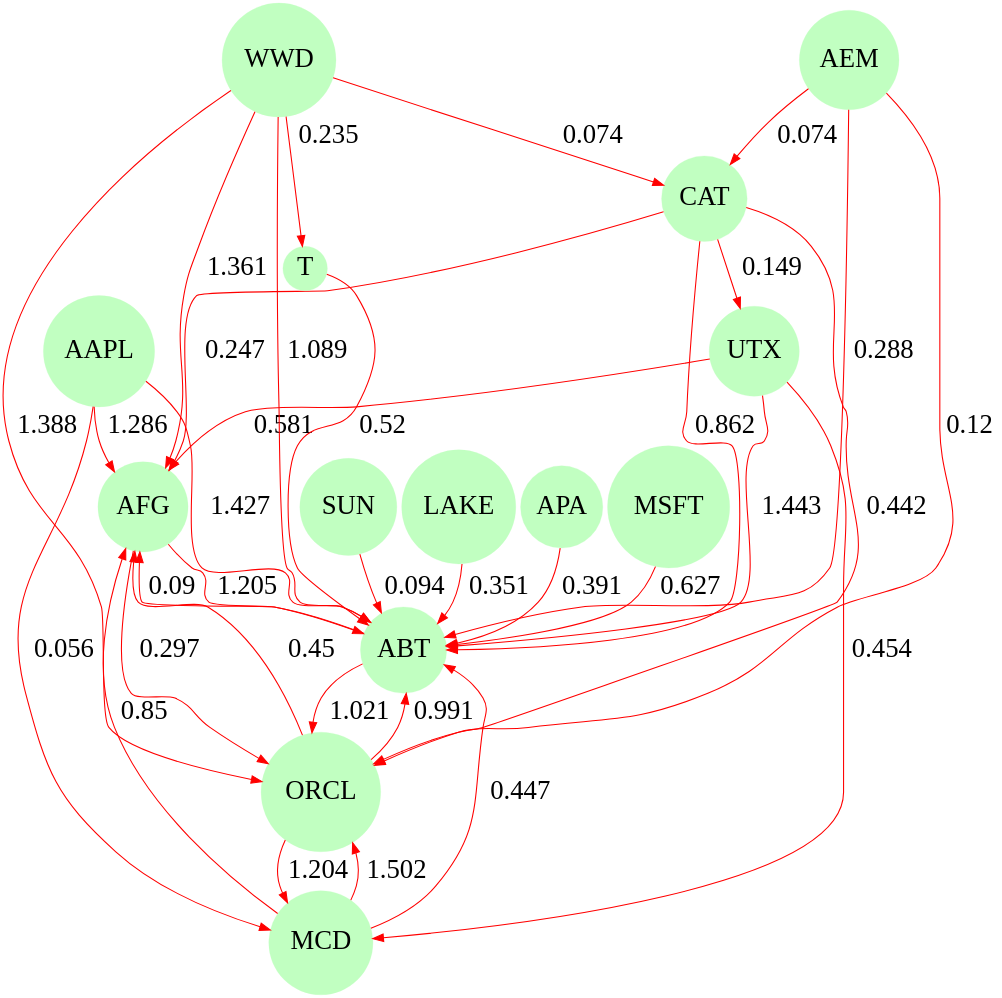
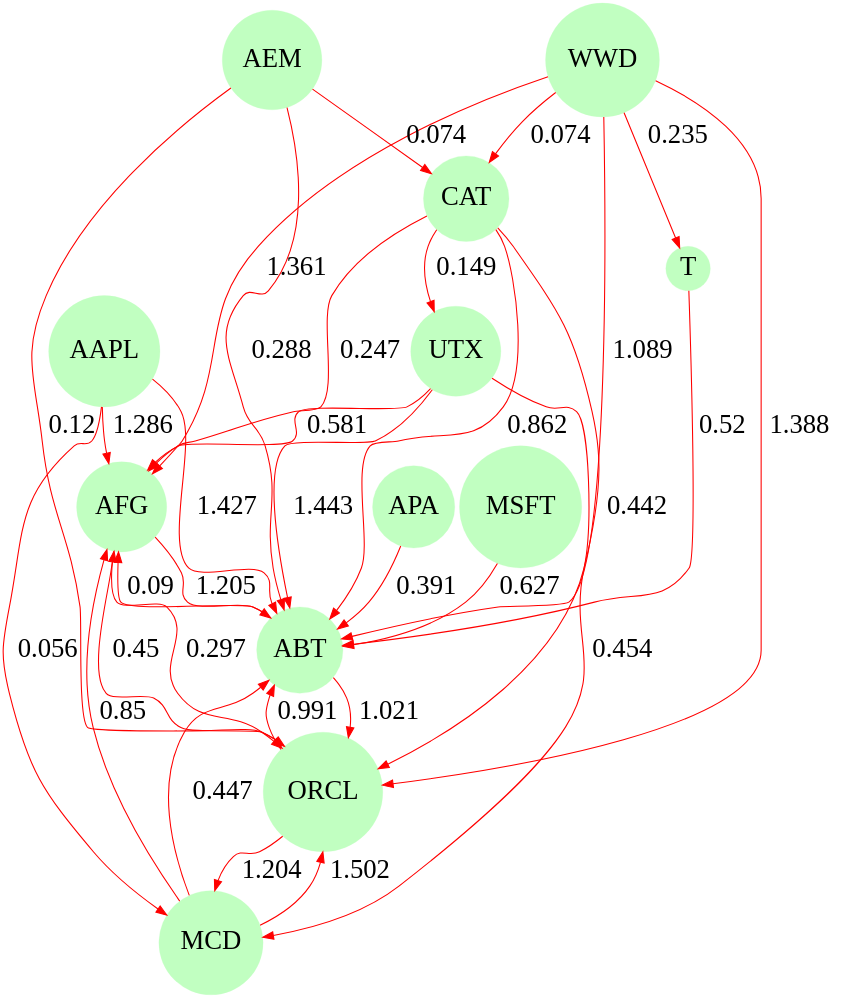
The diagram in financedataanalysis/src/regression/dotexamples/QME-Graph.gv (aneeshChivukula/Data-Mining), drawn with Graphviz before and after one commit. The commit also changed 4 other files, not shown here.

```diff
--- a/financedataanalysis/src/regression/dotexamples/QME-Graph.gv
+++ b/financedataanalysis/src/regression/dotexamples/QME-Graph.gv
@@ -1,55 +1,51 @@
 digraph {
 
 node[fontsize=100]
 edge[fontsize=100]
 
 CAT -> UTX	 [arrowsize=4,penwidth=4,color=red,label=0.149];
 CAT -> AFG	 [arrowsize=4,penwidth=4,color=red,label=0.247];
 CAT -> ABT	 [arrowsize=4,penwidth=4,color=red,label=0.862];
 CAT -> ORCL	 [arrowsize=4,penwidth=4,color=red,label=0.442];
 UTX -> ABT	 [arrowsize=4,penwidth=4,color=red,label=1.443];
 UTX -> AFG	 [arrowsize=4,penwidth=4,color=red,label=0.581];
 UTX -> MCD	 [arrowsize=4,penwidth=4,color=red,label=0.454];
 AFG -> ORCL	 [arrowsize=4,penwidth=4,color=red,label=0.297];
 AFG -> ABT	 [arrowsize=4,penwidth=4,color=red,label=1.205];
 ABT -> ORCL	 [arrowsize=4,penwidth=4,color=red,label=1.021];
 ABT -> AFG	 [arrowsize=4,penwidth=4,color=red,label=0.09];
 ORCL -> AFG	 [arrowsize=4,penwidth=4,color=red,label=0.45];
 ORCL -> ABT	 [arrowsize=4,penwidth=4,color=red,label=0.991];
 ORCL -> MCD	 [arrowsize=4,penwidth=4,color=red,label=1.204];
-SUN -> ABT	 [arrowsize=4,penwidth=4,color=red,label=0.094];
 AAPL -> AFG	 [arrowsize=4,penwidth=4,color=red,label=1.286];
 AAPL -> ABT	 [arrowsize=4,penwidth=4,color=red,label=1.427];
 AAPL -> MCD	 [arrowsize=4,penwidth=4,color=red,label=0.056];
 MCD -> ORCL	 [arrowsize=4,penwidth=4,color=red,label=1.502];
 MCD -> AFG	 [arrowsize=4,penwidth=4,color=red,label=0.85];
 MCD -> ABT	 [arrowsize=4,penwidth=4,color=red,label=0.447];
-LAKE -> ABT	 [arrowsize=4,penwidth=4,color=red,label=0.351];
 WWD -> AFG	 [arrowsize=4,penwidth=4,color=red,label=1.361];
 WWD -> CAT	 [arrowsize=4,penwidth=4,color=red,label=0.074];
 WWD -> ORCL	 [arrowsize=4,penwidth=4,color=red,label=1.388];
 WWD -> ABT	 [arrowsize=4,penwidth=4,color=red,label=1.089];
 WWD -> T	 [arrowsize=4,penwidth=4,color=red,label=0.235];
 T -> ABT	 [arrowsize=4,penwidth=4,color=red,label=0.52];
 APA -> ABT	 [arrowsize=4,penwidth=4,color=red,label=0.391];
 AEM -> ORCL	 [arrowsize=4,penwidth=4,color=red,label=0.12];
 AEM -> ABT	 [arrowsize=4,penwidth=4,color=red,label=0.288];
 AEM -> CAT	 [arrowsize=4,penwidth=4,color=red,label=0.074];
 MSFT -> ABT	 [arrowsize=4,penwidth=4,color=red,label=0.627];
 
 CAT [shape=circle,color=darkseagreen1,style=filled];
-SUN [shape=circle,color=darkseagreen1,style=filled];
 AAPL [shape=circle,color=darkseagreen1,style=filled];
 AFG [shape=circle,color=darkseagreen1,style=filled];
-LAKE [shape=circle,color=darkseagreen1,style=filled];
 MCD [shape=circle,color=darkseagreen1,style=filled];
 WWD [shape=circle,color=darkseagreen1,style=filled];
 ORCL [shape=circle,color=darkseagreen1,style=filled];
 ABT [shape=circle,color=darkseagreen1,style=filled];
 T [shape=circle,color=darkseagreen1,style=filled];
 UTX [shape=circle,color=darkseagreen1,style=filled];
 APA [shape=circle,color=darkseagreen1,style=filled];
 AEM [shape=circle,color=darkseagreen1,style=filled];
 MSFT [shape=circle,color=darkseagreen1,style=filled];
 
 }
```
